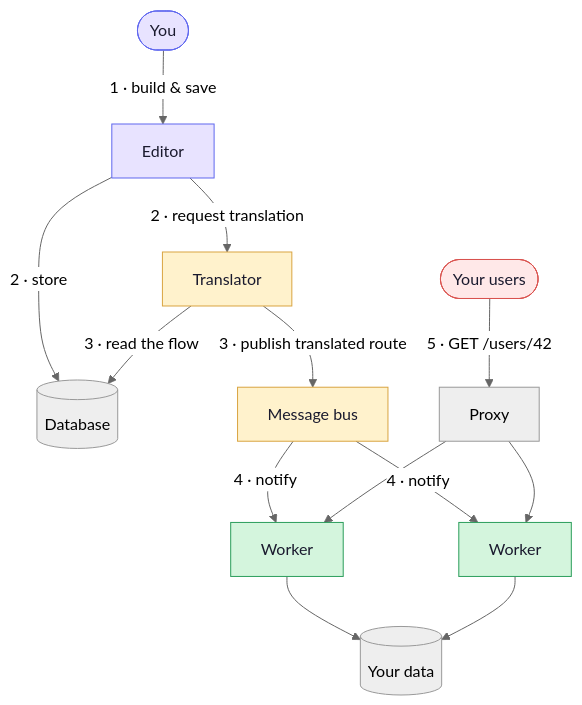
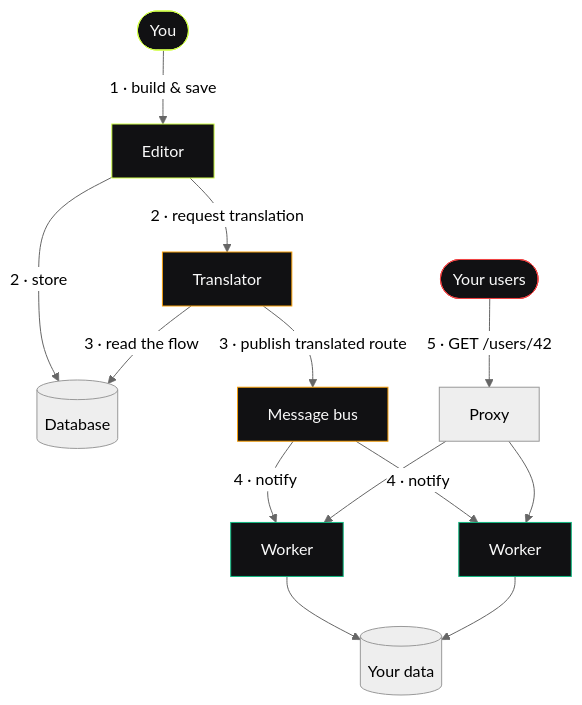
The sixth of 6 diagrams in docs/architecture/request-lifecycle.md (07prajwal2000/Fluxify), drawn with Mermaid (neutral theme) before and after one commit. The commit also changed other lines of this file and 44 other files, not shown here.

````diff
--- a/docs/architecture/request-lifecycle.md
+++ b/docs/architecture/request-lifecycle.md
@@ -223,21 +223,21 @@
 ```mermaid
 flowchart TB
     You(["You"]) -->|"1 · build & save"| Editor["Editor"]
     Editor -->|"2 · store"| DB[("Database")]
     Editor -->|"2 · request translation"| Comp["Translator"]
     Comp -->|"3 · read the flow"| DB
     Comp -->|"3 · publish translated route"| Bus["Message bus"]
     Bus -->|"4 · notify"| W1["Worker"] & W2["Worker"]
     Users(["Your users"]) -->|"5 · GET /users/42"| LB["Proxy"]
     LB --> W1 & W2
     W1 --> Data[("Your data")]
     W2 --> Data
 
-    style You fill:#e8e3ff,stroke:#5f67ee,color:#1a1a2e
-    style Editor fill:#e8e3ff,stroke:#5f67ee,color:#1a1a2e
-    style Comp fill:#fff2cc,stroke:#d9a441,color:#1a1a2e
-    style Bus fill:#fff2cc,stroke:#d9a441,color:#1a1a2e
-    style W1 fill:#d4f5dd,stroke:#2b9d5b,color:#1a1a2e
-    style W2 fill:#d4f5dd,stroke:#2b9d5b,color:#1a1a2e
-    style Users fill:#ffe8e8,stroke:#d9534f,color:#1a1a2e
+    style You fill:#111113,stroke:#D2FF4D,color:#FAFAFA
+    style Editor fill:#111113,stroke:#D2FF4D,color:#FAFAFA
+    style Comp fill:#111113,stroke:#F59E0B,color:#FAFAFA
+    style Bus fill:#111113,stroke:#F59E0B,color:#FAFAFA
+    style W1 fill:#111113,stroke:#10B981,color:#FAFAFA
+    style W2 fill:#111113,stroke:#10B981,color:#FAFAFA
+    style Users fill:#111113,stroke:#EF4444,color:#FAFAFA
 ```
````
